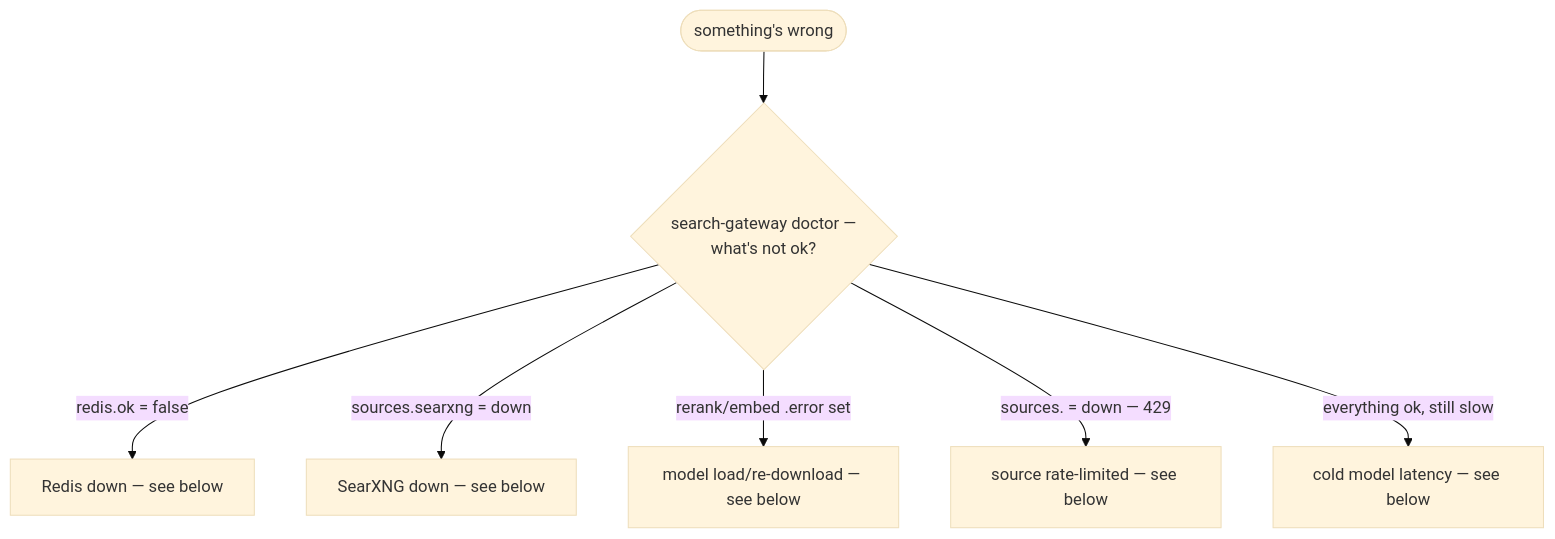
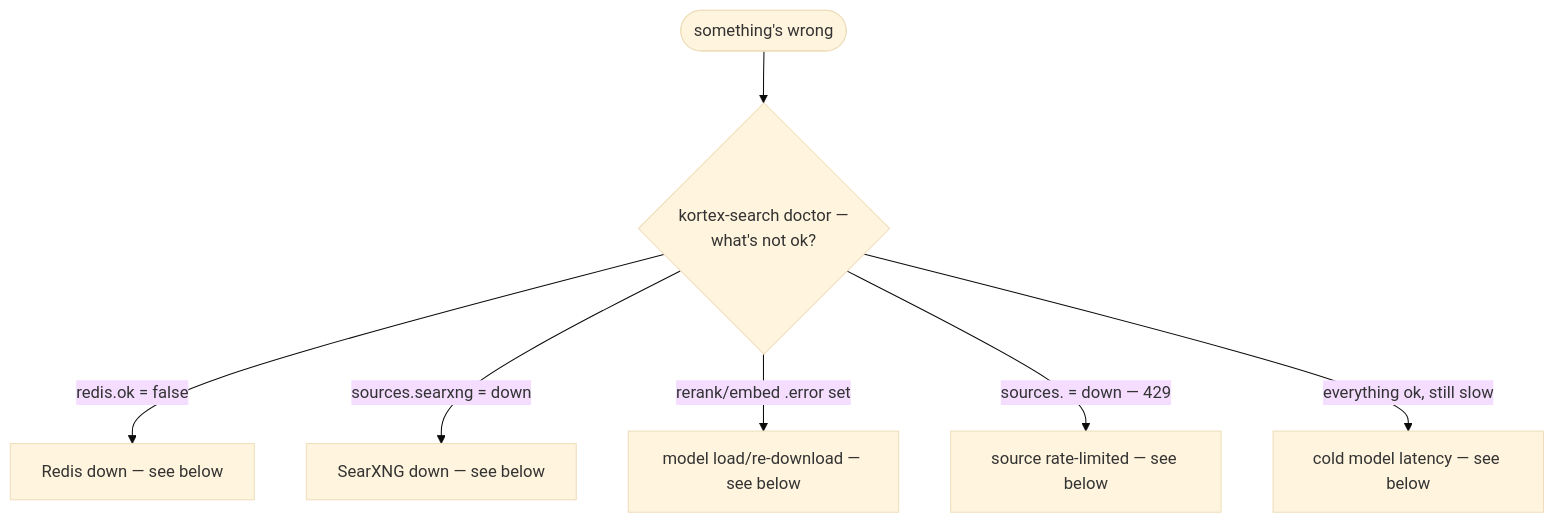
The third of 3 diagrams in docs/deployment.md (kbjama8/search-gateway), drawn with Mermaid (base theme) before and after one commit. The commit also changed other lines of this file and 26 other files, not shown here.

First line of the commit message:
Rename docs and in-repo skills to Kortex Search

````diff
--- a/docs/deployment.md
+++ b/docs/deployment.md
@@ -235,9 +235,9 @@
 ```mermaid
 flowchart TD
-    Start(["something's wrong"]) --> Q1{"search-gateway doctor —<br/>what's not ok?"}
+    Start(["something's wrong"]) --> Q1{"kortex-search doctor —<br/>what's not ok?"}
     Q1 -->|"redis.ok = false"| R1["Redis down — see below"]
     Q1 -->|"sources.searxng = down"| R2["SearXNG down — see below"]
     Q1 -->|"rerank/embed .error set"| R3["model load/re-download — see below"]
     Q1 -->|"sources.<name> = down — 429"| R4["source rate-limited — see below"]
     Q1 -->|"everything ok, still slow"| R5["cold model latency — see below"]
 ```
````
